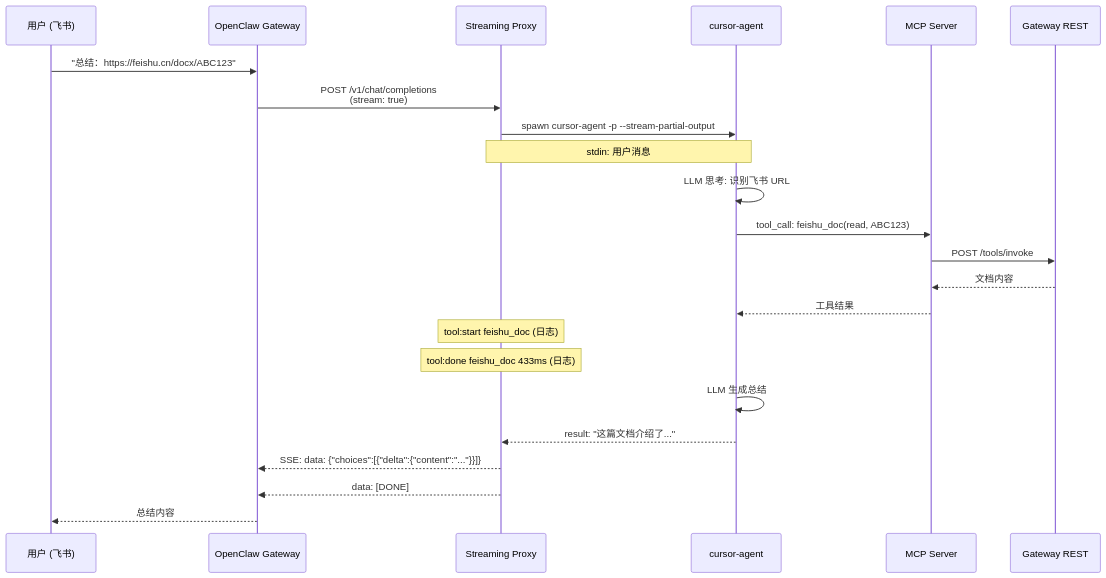
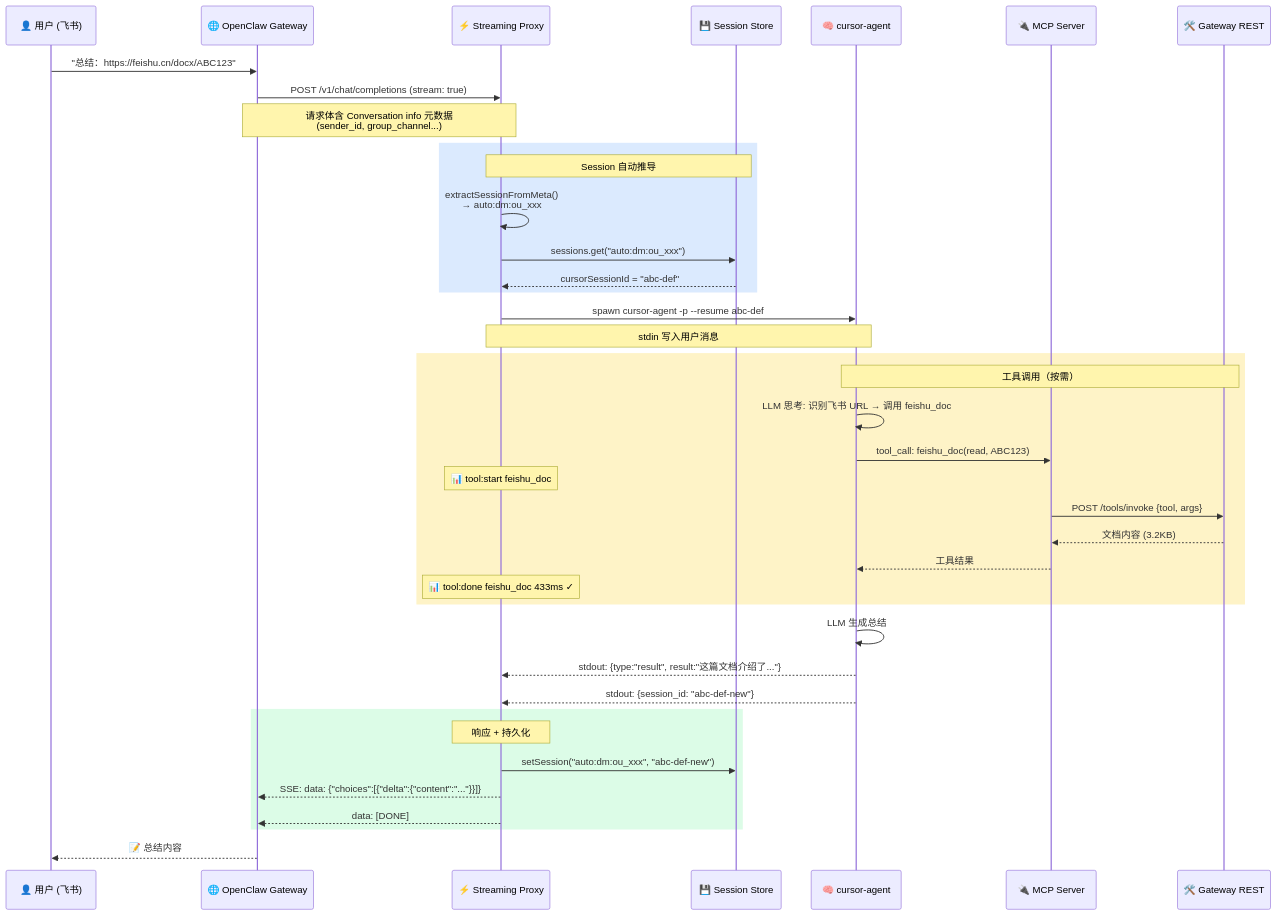
The sixth of 10 diagrams in doc/technical-guide-zh.md (andeya/openclaw-cursor-bridge), drawn with Mermaid before and after one commit. The commit also changed other lines of this file and 8 other files, not shown here.

````diff
--- a/doc/technical-guide-zh.md
+++ b/doc/technical-guide-zh.md
@@ -531,31 +631,48 @@
 ```mermaid
 sequenceDiagram
-    participant U as 用户 (飞书)
-    participant GW as OpenClaw Gateway
-    participant P as Streaming Proxy
-    participant A as cursor-agent
-    participant MCP as MCP Server
-    participant API as Gateway REST
+    participant U as 👤 用户 (飞书)
+    participant GW as 🌐 OpenClaw Gateway
+    participant P as ⚡ Streaming Proxy
+    participant S as 💾 Session Store
+    participant A as 🧠 cursor-agent
+    participant MCP as 🔌 MCP Server
+    participant API as 🛠️ Gateway REST
 
     U->>GW: "总结：https://feishu.cn/docx/ABC123"
-    GW->>P: POST /v1/chat/completions<br/>(stream: true)
-    P->>A: spawn cursor-agent -p --stream-partial-output
-    Note over P,A: stdin: 用户消息
+    GW->>P: POST /v1/chat/completions (stream: true)
+    Note over GW,P: 请求体含 Conversation info 元数据<br/>(sender_id, group_channel...)
 
-    A->>A: LLM 思考: 识别飞书 URL
+    rect rgb(219, 234, 254)
+        Note over P,S: Session 自动推导
+        P->>P: extractSessionFromMeta()<br/>→ auto:dm:ou_xxx
+        P->>S: sessions.get("auto:dm:ou_xxx")
+        S-->>P: cursorSessionId = "abc-def"
+    end
 
-    A->>MCP: tool_call: feishu_doc(read, ABC123)
-    MCP->>API: POST /tools/invoke
-    API-->>MCP: 文档内容
-    MCP-->>A: 工具结果
+    P->>A: spawn cursor-agent -p --resume abc-def
+    Note over P,A: stdin 写入用户消息
 
-    Note over P: tool:start feishu_doc (日志)
-    Note over P: tool:done feishu_doc 433ms (日志)
+    rect rgb(254, 243, 199)
+        Note over A,API: 工具调用（按需）
+        A->>A: LLM 思考: 识别飞书 URL → 调用 feishu_doc
+        A->>MCP: tool_call: feishu_doc(read, ABC123)
+        Note over P: 📊 tool:start feishu_doc
+        MCP->>API: POST /tools/invoke {tool, args}
+        API-->>MCP: 文档内容 (3.2KB)
+        MCP-->>A: 工具结果
+        Note over P: 📊 tool:done feishu_doc 433ms ✓
+    end
 
     A->>A: LLM 生成总结
+    A-->>P: stdout: {type:"result", result:"这篇文档介绍了..."}
+    A-->>P: stdout: {session_id: "abc-def-new"}
 
-    A-->>P: result: "这篇文档介绍了..."
-    P-->>GW: SSE: data: {"choices":[{"delta":{"content":"..."}}]}
-    P-->>GW: data: [DONE]
-    GW-->>U: 总结内容
+    rect rgb(220, 252, 231)
+        Note over P: 响应 + 持久化
+        P->>S: setSession("auto:dm:ou_xxx", "abc-def-new")
+        P-->>GW: SSE: data: {"choices":[{"delta":{"content":"..."}}]}
+        P-->>GW: data: [DONE]
+    end
+
+    GW-->>U: 📝 总结内容
 ```
````
